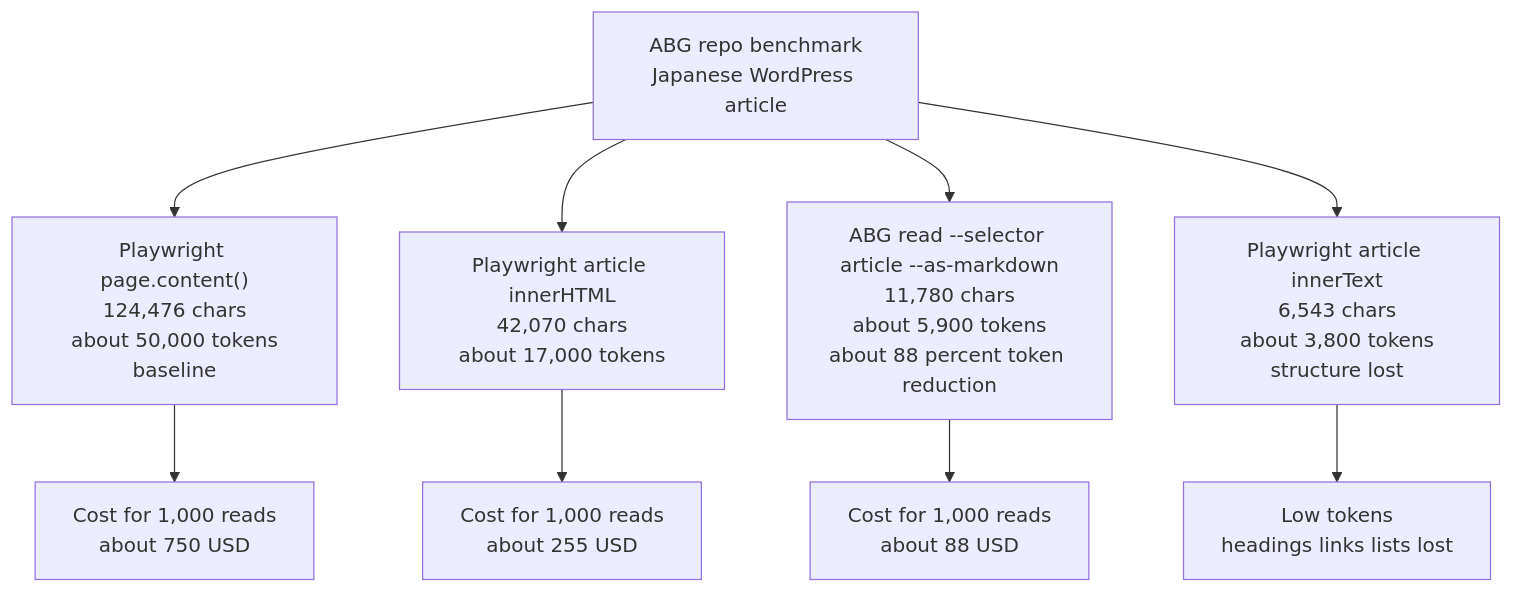
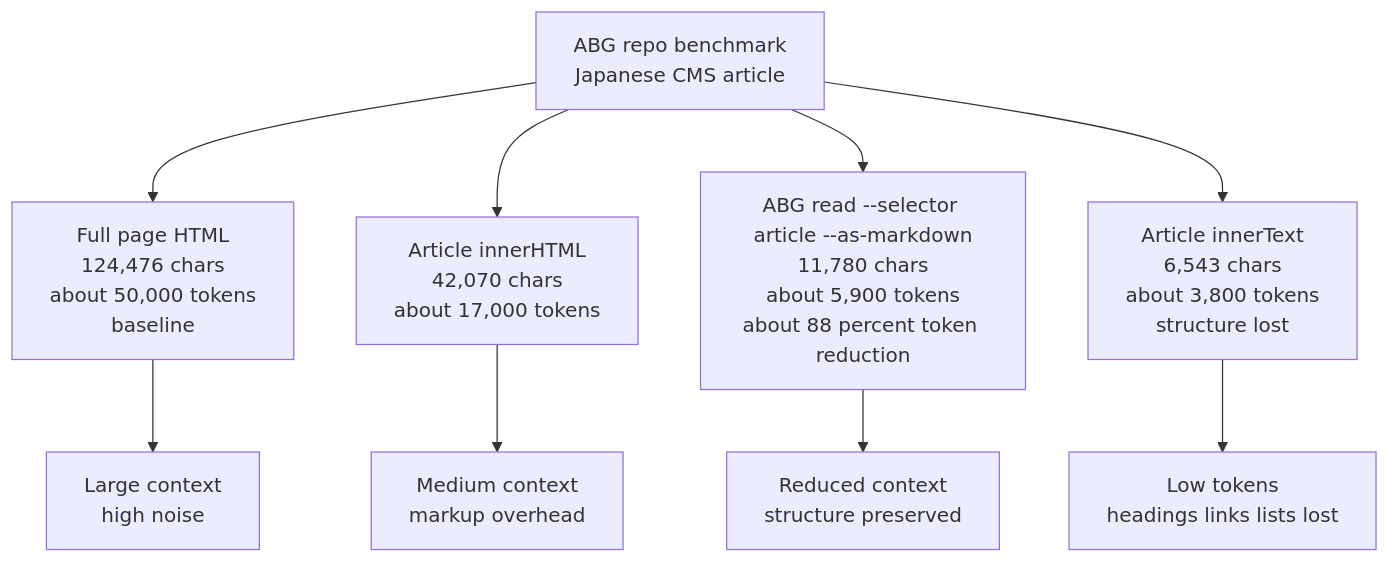
The diagram in legal/patent/figures/fig-7-token-economy.mmd (arcmanagement/agent-browser-gateway), drawn with Mermaid before and after one commit. The commit also changed 12 other files, not shown here.

```diff
--- a/legal/patent/figures/fig-7-token-economy.mmd
+++ b/legal/patent/figures/fig-7-token-economy.mmd
@@ -1,17 +1,17 @@
 flowchart TB
-  A["ABG repo benchmark\nJapanese WordPress article"]
+  A["ABG repo benchmark\nJapanese CMS article"]
 
-  P1["Playwright page.content()\n124,476 chars\nabout 50,000 tokens\nbaseline"]
-  P2["Playwright article innerHTML\n42,070 chars\nabout 17,000 tokens"]
+  P1["Full page HTML\n124,476 chars\nabout 50,000 tokens\nbaseline"]
+  P2["Article innerHTML\n42,070 chars\nabout 17,000 tokens"]
   B1["ABG read --selector article --as-markdown\n11,780 chars\nabout 5,900 tokens\nabout 88 percent token reduction"]
-  P3["Playwright article innerText\n6,543 chars\nabout 3,800 tokens\nstructure lost"]
+  P3["Article innerText\n6,543 chars\nabout 3,800 tokens\nstructure lost"]
 
   A --> P1
   A --> P2
   A --> B1
   A --> P3
 
-  P1 --> C1["Cost for 1,000 reads\nabout 750 USD"]
-  P2 --> C2["Cost for 1,000 reads\nabout 255 USD"]
-  B1 --> C3["Cost for 1,000 reads\nabout 88 USD"]
+  P1 --> C1["Large context\nhigh noise"]
+  P2 --> C2["Medium context\nmarkup overhead"]
+  B1 --> C3["Reduced context\nstructure preserved"]
   P3 --> C4["Low tokens\nheadings links lists lost"]
```
